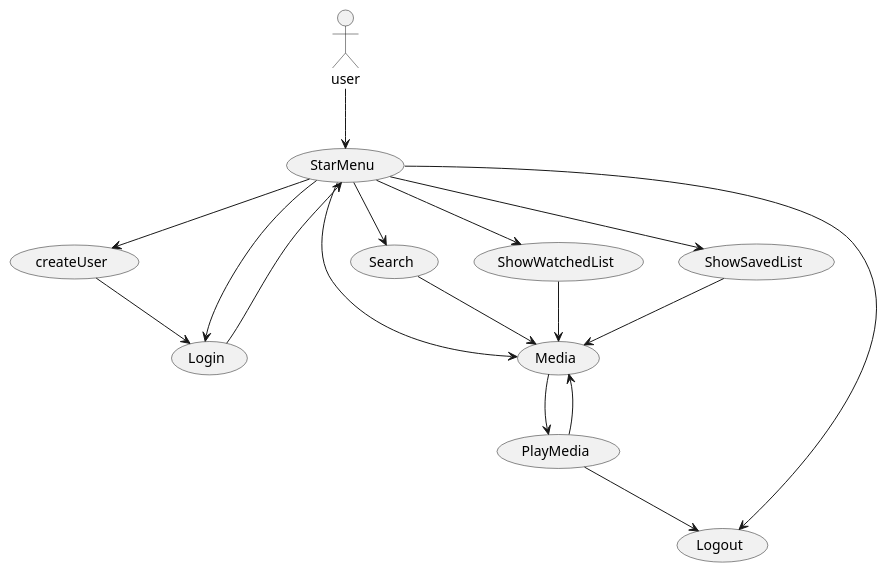
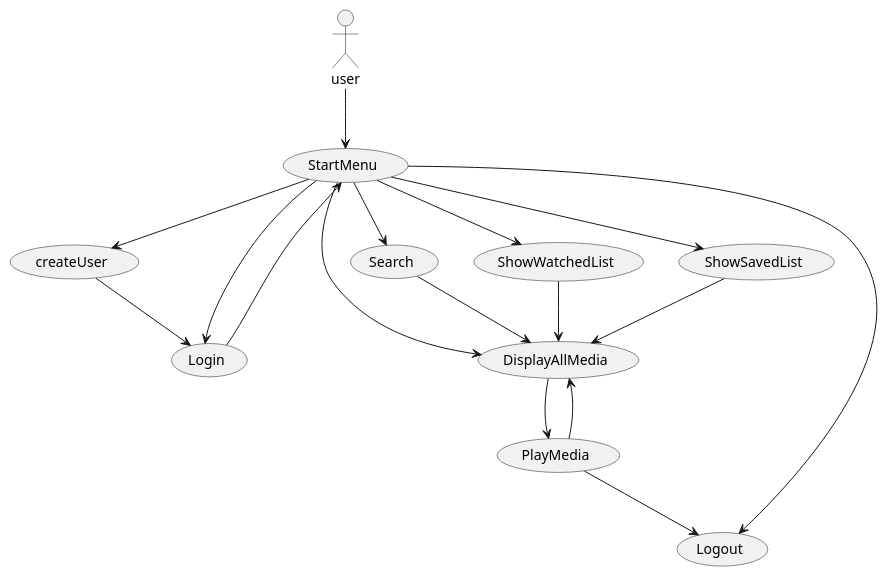
The diagram in .idea/Doc/UseCase.puml (Madihakhan1/SP3), drawn with PlantUML before and after one commit. The commit also changed 5 other files, not shown here.

Commit message:
usecase diagram

```diff
--- a/.idea/Doc/UseCase.puml
+++ b/.idea/Doc/UseCase.puml
@@ -1,35 +1,35 @@
 @startuml
 'https://plantuml.com/use-case-diagram
 
   actor user
 
   usecase "createUser" as UC3
-  usecase "StarMenu" as UC1
+  usecase "StartMenu" as UC1
   usecase "Login" as UC5
-  usecase "Media" as UC2
+  usecase "DisplayAllMedia" as UC2
   usecase "PlayMedia" as UC4
   usecase "Logout" as UC6
   usecase "Search" as UC7
   usecase "ShowWatchedList" as UC8
   usecase "ShowSavedList" as UC9
 
 
 user --> UC1
 UC1 --> UC3
 UC3 --> UC5
 UC1 --> UC5
 UC1 --> UC2
 UC2 --> UC4
 UC4 --> UC2
 UC4 --> UC6
 UC1 --> UC6
 UC5 --> UC1
 UC1 --> UC7
 UC1 --> UC8
 UC1 --> UC9
 UC7 --> UC2
 UC8 --> UC2
 UC9 --> UC2
 
 
 @enduml
```
